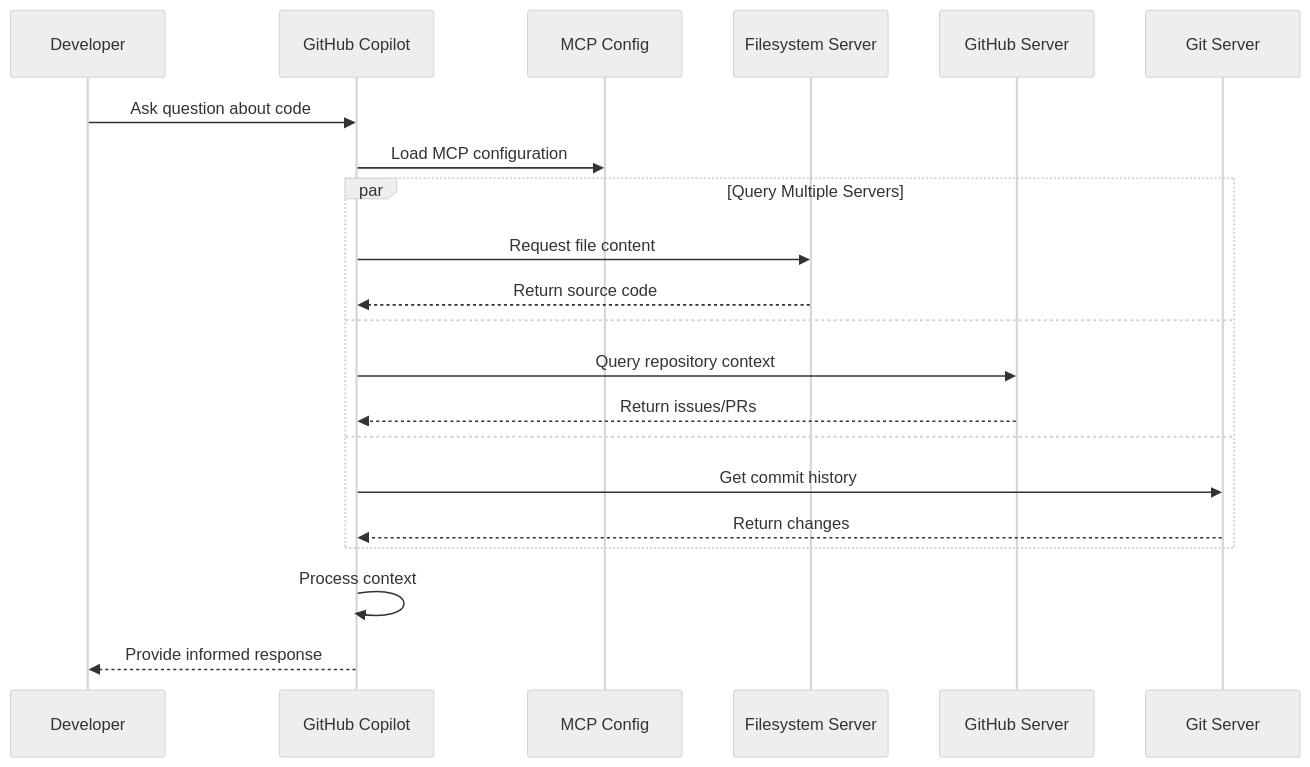
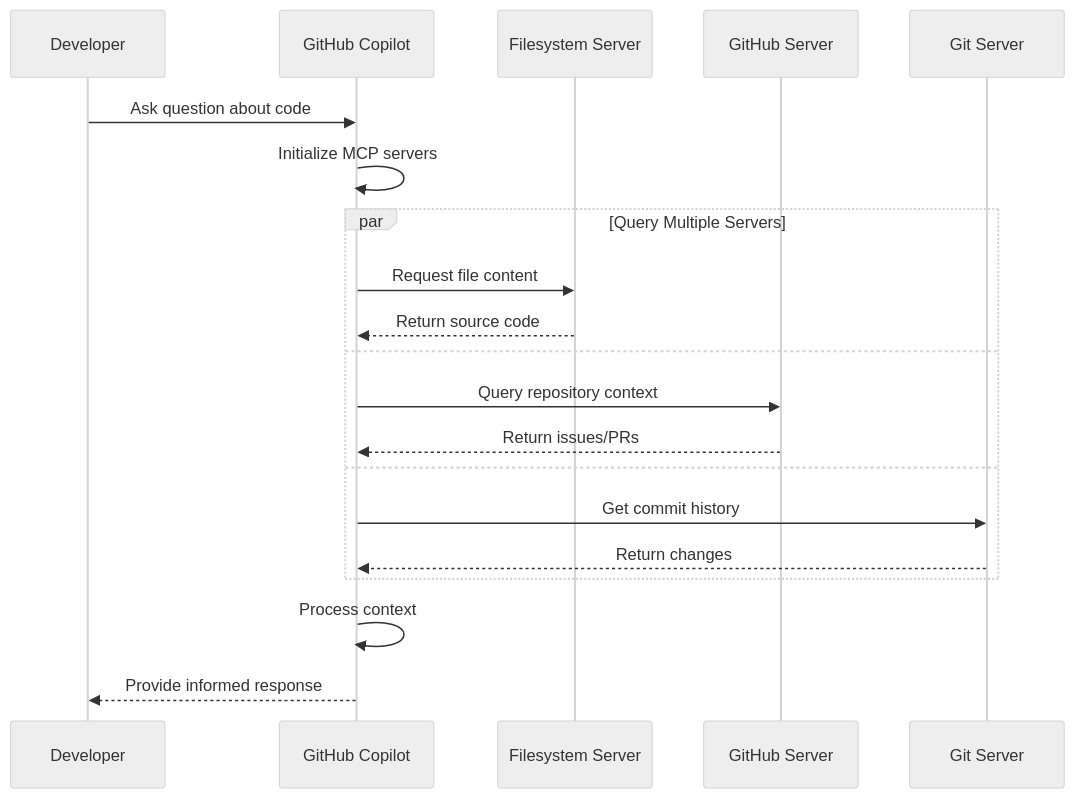
The second of 7 diagrams in docs/MCP_ARCHITECTURE.md (Hack23/game), drawn with Mermaid (neutral theme) before and after one commit. The commit also changed other lines of this file and 4 other files, not shown here.

Commit message:
Fix: remove references to non-existent MCP config files

````diff
--- a/docs/MCP_ARCHITECTURE.md
+++ b/docs/MCP_ARCHITECTURE.md
@@ -77,26 +75,25 @@
 ```mermaid
 sequenceDiagram
     participant Dev as Developer
     participant Copilot as GitHub Copilot
-    participant MCP as MCP Config
     participant FS as Filesystem Server
     participant GH as GitHub Server
     participant Git as Git Server
 
     Dev->>Copilot: Ask question about code
-    Copilot->>MCP: Load MCP configuration
+    Copilot->>Copilot: Initialize MCP servers
     
     par Query Multiple Servers
         Copilot->>FS: Request file content
         FS-->>Copilot: Return source code
     and
         Copilot->>GH: Query repository context
         GH-->>Copilot: Return issues/PRs
     and
         Copilot->>Git: Get commit history
         Git-->>Copilot: Return changes
     end
     
     Copilot->>Copilot: Process context
     Copilot-->>Dev: Provide informed response
 ```
````
